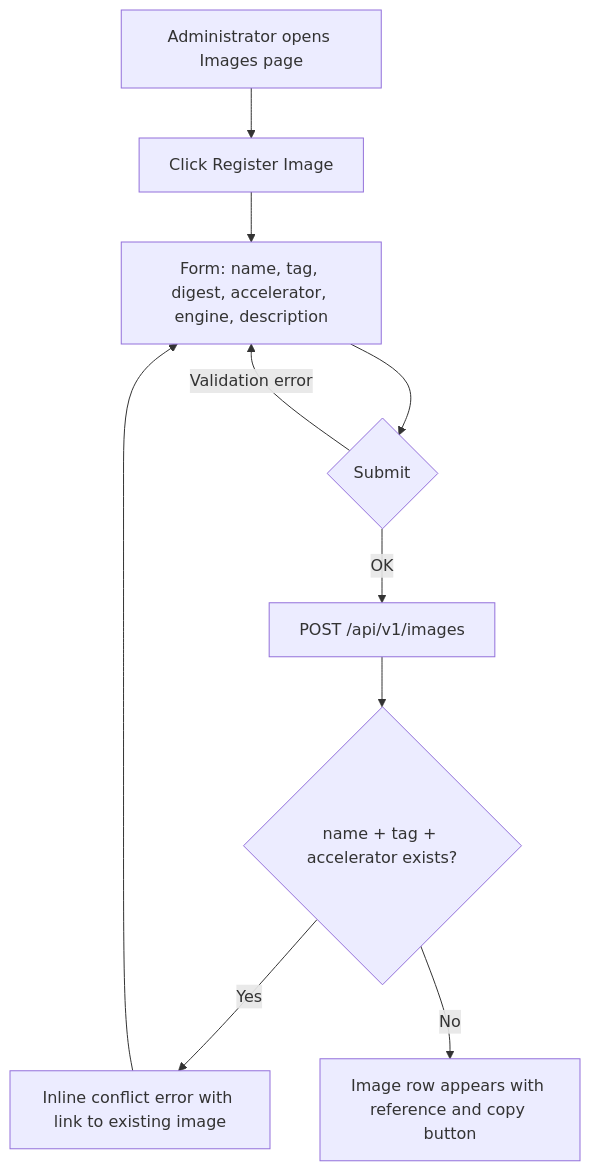
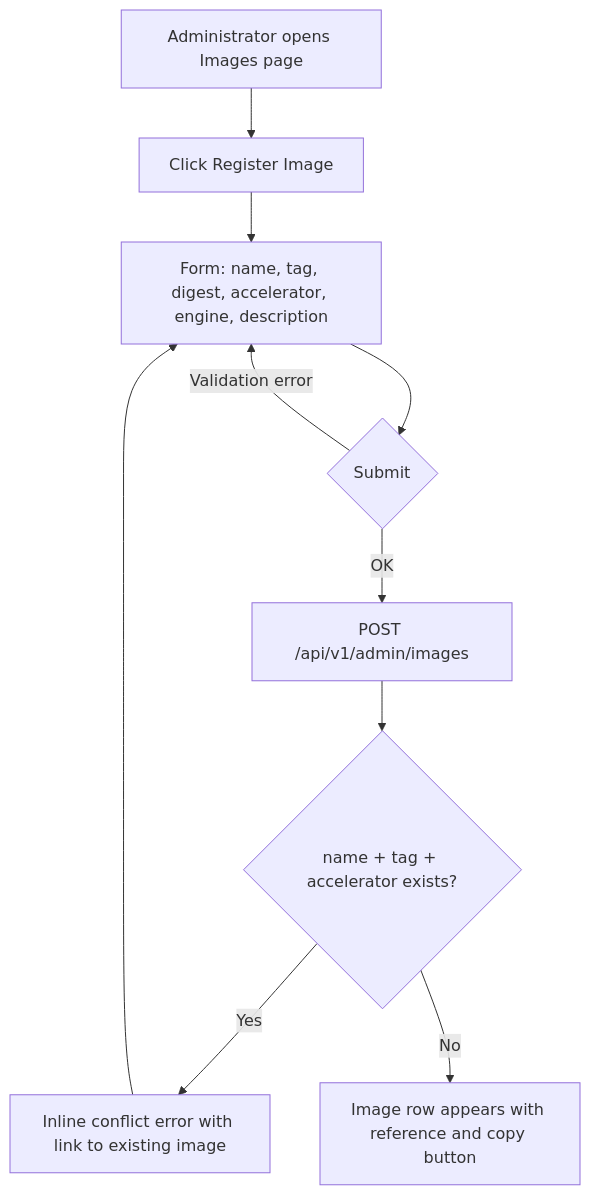
Before and after one commit to go-taas/go-taas: the first of 4 diagrams in site/docs/design/image-management.md, drawn with Mermaid. The commit also changed other lines of this file and 13 other files, not shown here.

````diff
--- a/site/docs/design/image-management.md
+++ b/site/docs/design/image-management.md
@@ -173,12 +173,12 @@
 ```mermaid
 flowchart TD
     A["Administrator opens Images page"] --> B["Click Register Image"]
     B --> C["Form: name, tag, digest, accelerator, engine, description"]
     C --> D{Submit}
     D -->|Validation error| C
-    D -->|OK| E["POST /api/v1/images"]
+    D -->|OK| E["POST /api/v1/admin/images"]
     E --> F{name + tag + accelerator exists?}
     F -->|Yes| G["Inline conflict error with link to existing image"]
     G --> C
     F -->|No| H["Image row appears with reference and copy button"]
 ```
````
